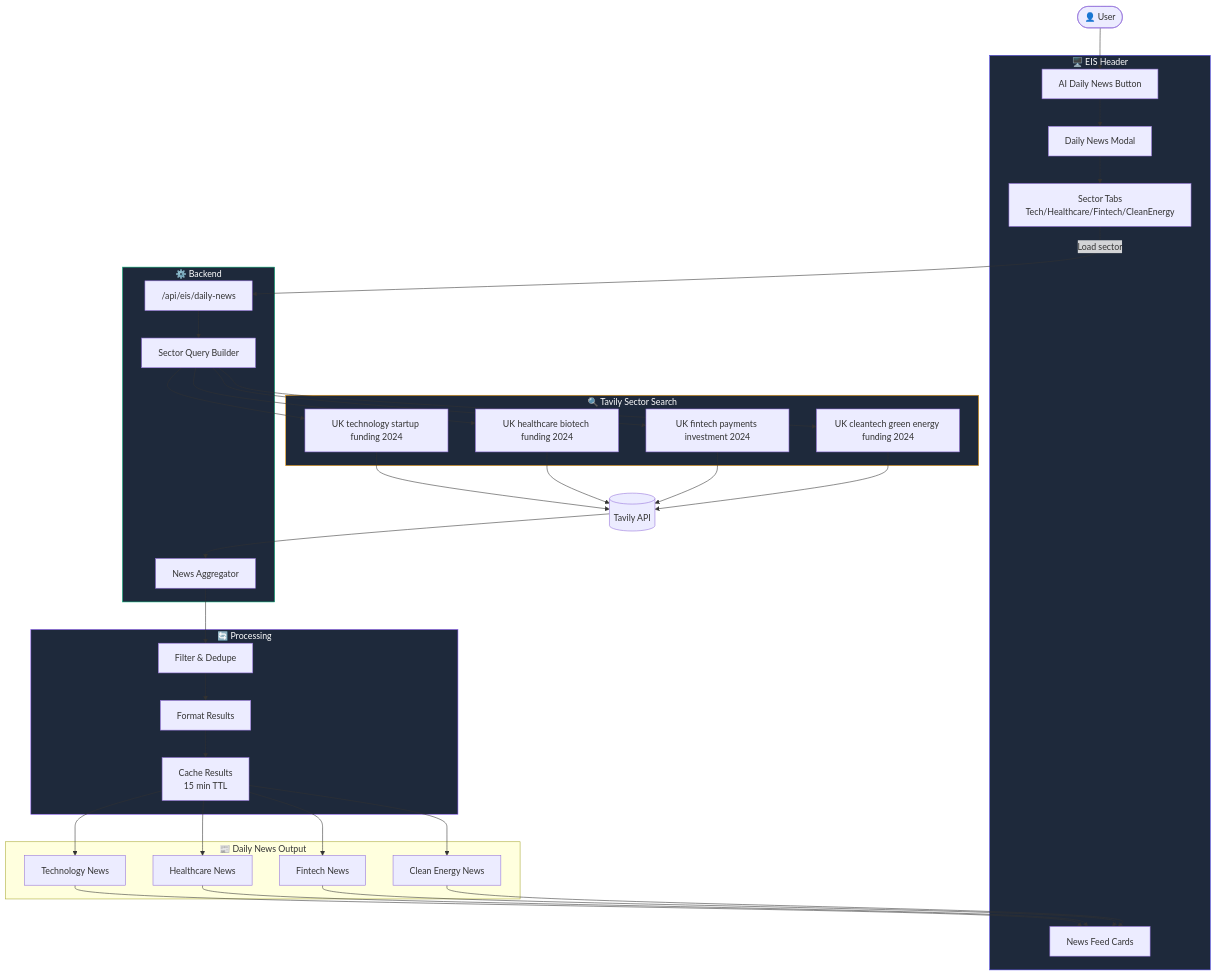
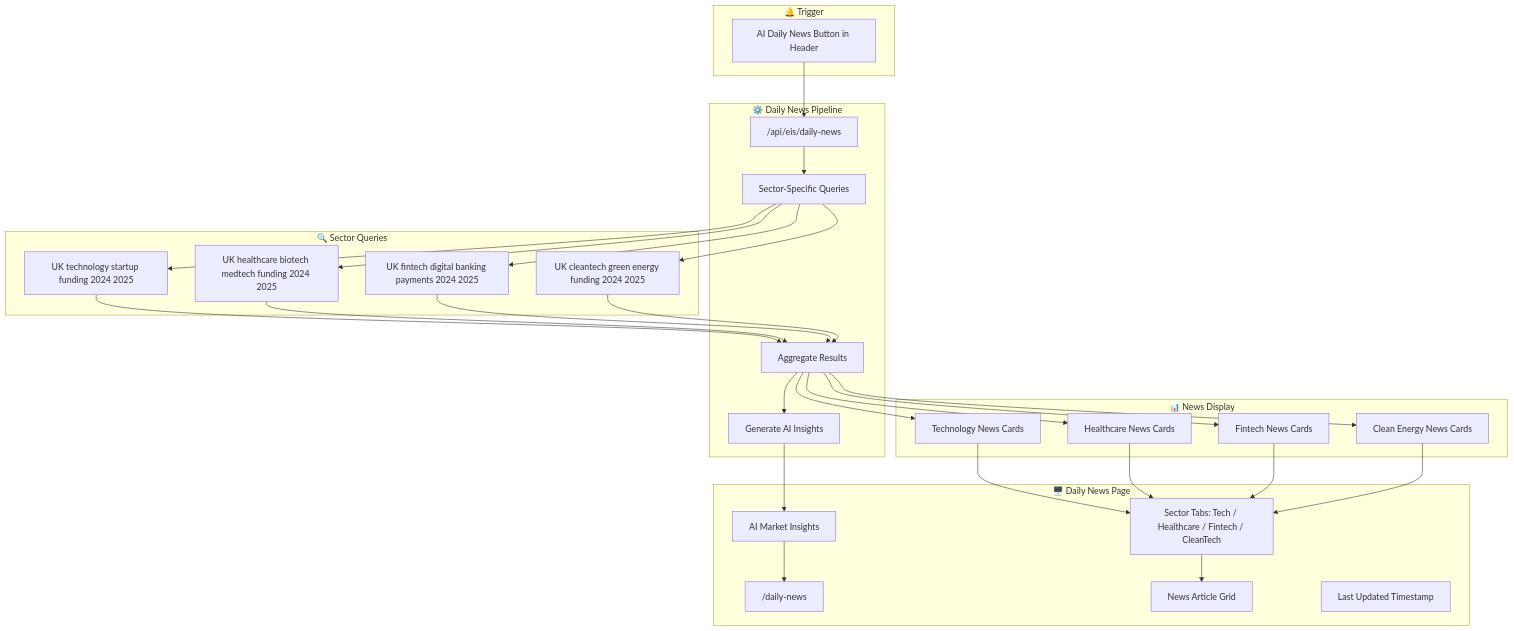
One commit to nagasriramnani/Currency-Intelligence-Platform-V2 changed the ninth of 11 diagrams in EIS_ARCHITECTURE.md. Above: the diagram before and after it, drawn with Mermaid. The commit also changed other lines of this file, not shown here.

Commit message:
docs: Restore original EIS Architecture with sequence diagrams

````diff
--- a/EIS_ARCHITECTURE.md
+++ b/EIS_ARCHITECTURE.md
@@ -353,73 +459,64 @@
 ```mermaid
 flowchart TB
-    subgraph Frontend["🖥️ EIS Header"]
-        DailyBtn[AI Daily News Button]
-        DailyModal[Daily News Modal]
-        SectorTabs[Sector Tabs<br/>Tech/Healthcare/Fintech/CleanEnergy]
-        NewsFeed[News Feed Cards]
+    subgraph Trigger["🔔 Trigger"]
+        DailyNewsButton[AI Daily News Button in Header]
     end
 
-    subgraph Backend["⚙️ Backend"]
-        DailyAPI["/api/eis/daily-news"]
-        SectorQueries[Sector Query Builder]
-        Aggregator[News Aggregator]
+    subgraph Frontend["🖥️ Daily News Page"]
+        NewsPage["/daily-news"]
+        SectorTabs[Sector Tabs: Tech / Healthcare / Fintech / CleanTech]
+        NewsGrid[News Article Grid]
+        AIInsights[AI Market Insights]
+        LastUpdated[Last Updated Timestamp]
     end
 
-    subgraph TavilySearch["🔍 Tavily Sector Search"]
-        TechQ["UK technology startup funding 2024"]
-        HealthQ["UK healthcare biotech funding 2024"]
-        FintechQ["UK fintech payments investment 2024"]
-        CleanQ["UK cleantech green energy funding 2024"]
+    subgraph Backend["⚙️ Daily News Pipeline"]
+        DailyNewsAPI["/api/eis/daily-news"]
+        SectorQueries[Sector-Specific Queries]
+        ResultAggregator[Aggregate Results]
+        InsightsGenerator[Generate AI Insights]
     end
 
-    subgraph Processing["🔄 Processing"]
-        Filter[Filter & Dedupe]
-        Format[Format Results]
-        Cache[Cache Results<br/>15 min TTL]
+    subgraph TavilyQueries["🔍 Sector Queries"]
+        TechQuery["UK technology startup funding 2024 2025"]
+        HealthQuery["UK healthcare biotech medtech funding 2024 2025"]
+        FintechQuery["UK fintech digital banking payments 2024 2025"]
+        CleanQuery["UK cleantech green energy funding 2024 2025"]
     end
 
-    subgraph Output["📰 Daily News Output"]
-        TechNews[Technology News]
-        HealthNews[Healthcare News]
-        FintechNews[Fintech News]
-        CleanNews[Clean Energy News]
+    subgraph Output["📊 News Display"]
+        TechNews[Technology News Cards]
+        HealthNews[Healthcare News Cards]
+        FintechNews[Fintech News Cards]
+        CleanNews[Clean Energy News Cards]
     end
 
-    %% Flow
-    User([👤 User]) --> DailyBtn
-    DailyBtn --> DailyModal
-    DailyModal --> SectorTabs
+    DailyNewsButton --> DailyNewsAPI
     
-    SectorTabs -->|"Load sector"| DailyAPI
-    DailyAPI --> SectorQueries
+    DailyNewsAPI --> SectorQueries
+    SectorQueries --> TechQuery
+    SectorQueries --> HealthQuery
+    SectorQueries --> FintechQuery
+    SectorQueries --> CleanQuery
     
-    SectorQueries --> TechQ
-    SectorQueries --> HealthQ
-    SectorQueries --> FintechQ
-    SectorQueries --> CleanQ
+    TechQuery --> ResultAggregator
+    HealthQuery --> ResultAggregator
+    FintechQuery --> ResultAggregator
+    CleanQuery --> ResultAggregator
     
-    TechQ --> TavilyAPI[(Tavily API)]
-    HealthQ --> TavilyAPI
-    FintechQ --> TavilyAPI
-    CleanQ --> TavilyAPI
+    ResultAggregator --> InsightsGenerator
+    InsightsGenerator --> AIInsights
     
-    TavilyAPI --> Aggregator
-    Aggregator --> Filter
-    Filter --> Format
-    Format --> Cache
+    ResultAggregator --> TechNews
+    ResultAggregator --> HealthNews
+    ResultAggregator --> FintechNews
+    ResultAggregator --> CleanNews
     
-    Cache --> TechNews
-    Cache --> HealthNews
-    Cache --> FintechNews
-    Cache --> CleanNews
+    TechNews --> SectorTabs
+    HealthNews --> SectorTabs
+    FintechNews --> SectorTabs
+    CleanNews --> SectorTabs
     
-    TechNews --> NewsFeed
-    HealthNews --> NewsFeed
-    FintechNews --> NewsFeed
-    CleanNews --> NewsFeed
-
-    style Frontend fill:#1e293b,stroke:#4f46e5,color:#fff
-    style Backend fill:#1e293b,stroke:#10b981,color:#fff
-    style TavilySearch fill:#1e293b,stroke:#f59e0b,color:#fff
-    style Processing fill:#1e293b,stroke:#8b5cf6,color:#fff
+    SectorTabs --> NewsGrid
+    AIInsights --> NewsPage
 ```
````
